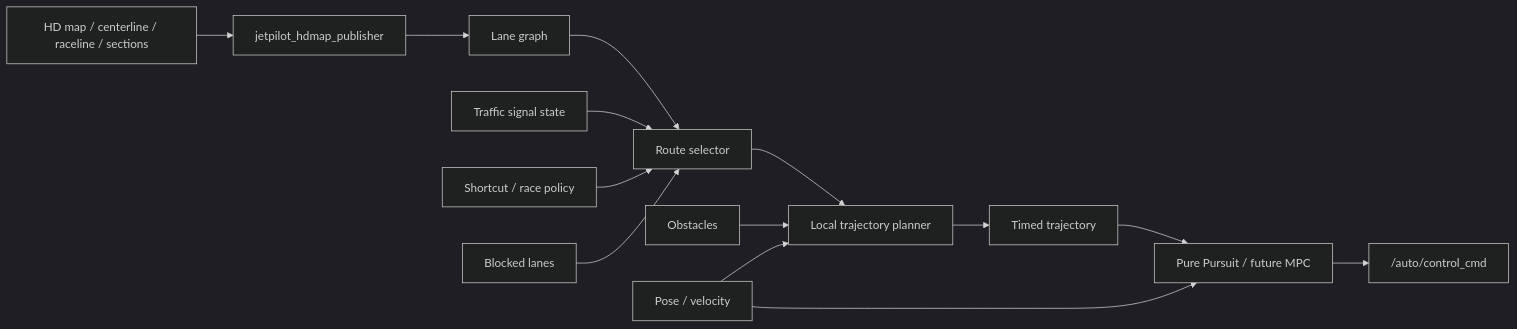
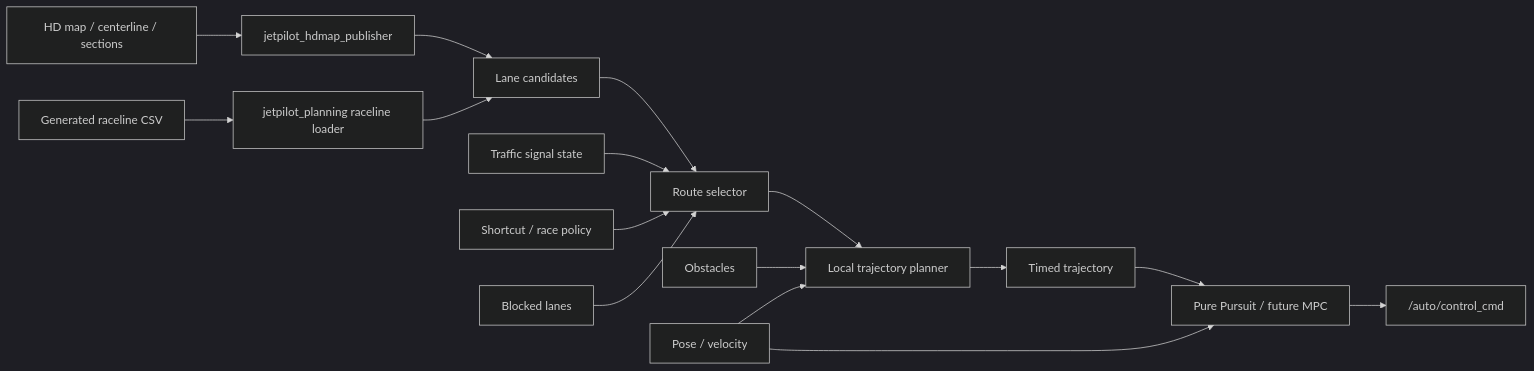
The diagram in docs/planning_control_architecture.md (Arata-Stu/JetPilot), drawn with Mermaid (dark theme) before and after one commit. The commit also changed other lines of this file and 48 other files, not shown here.

First line of the commit message:
Add raceline path publisher and route lane selector nodes with tests

````diff
--- a/docs/planning_control_architecture.md
+++ b/docs/planning_control_architecture.md
@@ -25,16 +25,18 @@
 ```mermaid
 flowchart LR
-  MAP["HD map / centerline / raceline / sections"] --> LOADER["jetpilot_hdmap_publisher"]
-  LOADER --> GRAPH["Lane graph"]
+  MAP["HD map / centerline / sections"] --> LOADER["jetpilot_hdmap_publisher"]
+  RACE["Generated raceline CSV"] --> RACELOADER["jetpilot_planning raceline loader"]
+  LOADER --> GRAPH["Lane candidates"]
+  RACELOADER --> GRAPH
   GRAPH --> ROUTE["Route selector"]
   SIGNAL["Traffic signal state"] --> ROUTE
   POLICY["Shortcut / race policy"] --> ROUTE
   BLOCKED["Blocked lanes"] --> ROUTE
   ROUTE --> LOCAL["Local trajectory planner"]
   OBJECTS["Obstacles"] --> LOCAL
   POSE["Pose / velocity"] --> LOCAL
   LOCAL --> TRAJ["Timed trajectory"]
   TRAJ --> CTRL["Pure Pursuit / future MPC"]
   POSE --> CTRL
   CTRL --> CMD["/auto/control_cmd"]
 ```
````
